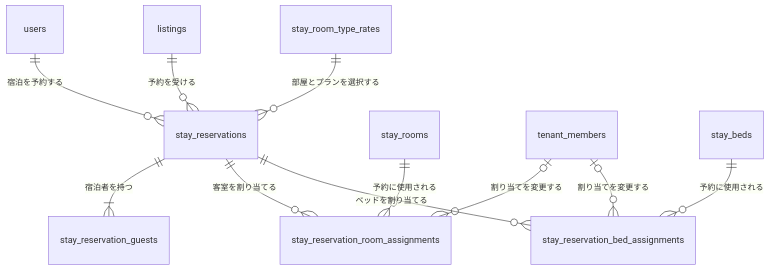
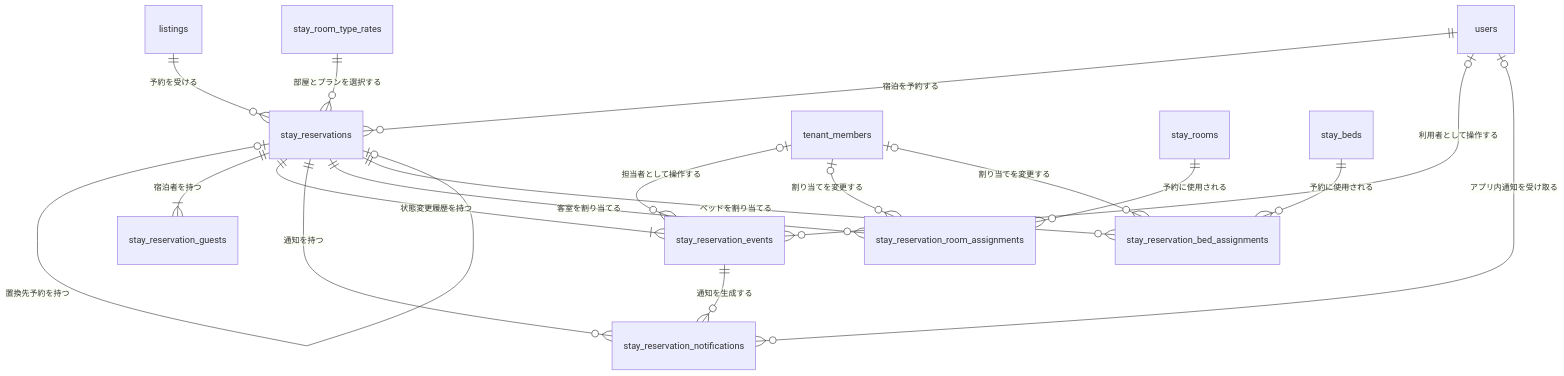
The first of 2 diagrams in docs/er/02-stay-reservation.md (t0kio2/community-hub), drawn with Mermaid before and after one commit. The commit also changed other lines of this file and 14 other files, not shown here.

````diff
--- a/docs/er/02-stay-reservation.md
+++ b/docs/er/02-stay-reservation.md
@@ -9,13 +9,20 @@
 ```mermaid
 erDiagram
     users ||--o{ stay_reservations : "宿泊を予約する"
     listings ||--o{ stay_reservations : "予約を受ける"
     stay_room_type_rates ||--o{ stay_reservations : "部屋とプランを選択する"
+    stay_reservations o|--o| stay_reservations : "置換先予約を持つ"
     stay_reservations ||--|{ stay_reservation_guests : "宿泊者を持つ"
+    stay_reservations ||--|{ stay_reservation_events : "状態変更履歴を持つ"
+    users o|--o{ stay_reservation_events : "利用者として操作する"
+    tenant_members o|--o{ stay_reservation_events : "担当者として操作する"
+    stay_reservation_events ||--o{ stay_reservation_notifications : "通知を生成する"
+    stay_reservations ||--o{ stay_reservation_notifications : "通知を持つ"
+    users o|--o{ stay_reservation_notifications : "アプリ内通知を受け取る"
     stay_reservations ||--o{ stay_reservation_room_assignments : "客室を割り当てる"
     stay_rooms ||--o{ stay_reservation_room_assignments : "予約に使用される"
     tenant_members o|--o{ stay_reservation_room_assignments : "割り当てを変更する"
     stay_reservations ||--o{ stay_reservation_bed_assignments : "ベッドを割り当てる"
     stay_beds ||--o{ stay_reservation_bed_assignments : "予約に使用される"
     tenant_members o|--o{ stay_reservation_bed_assignments : "割り当てを変更する"
 ```
````
